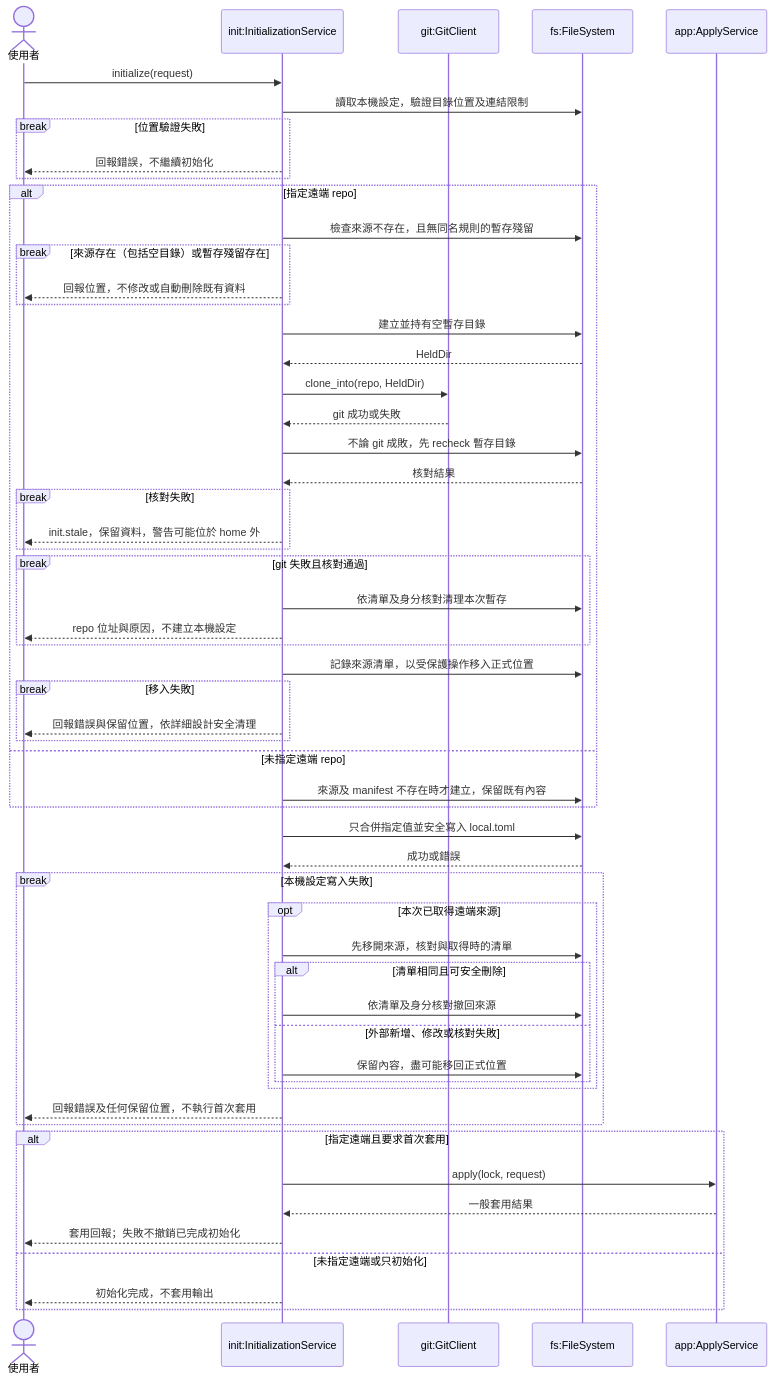
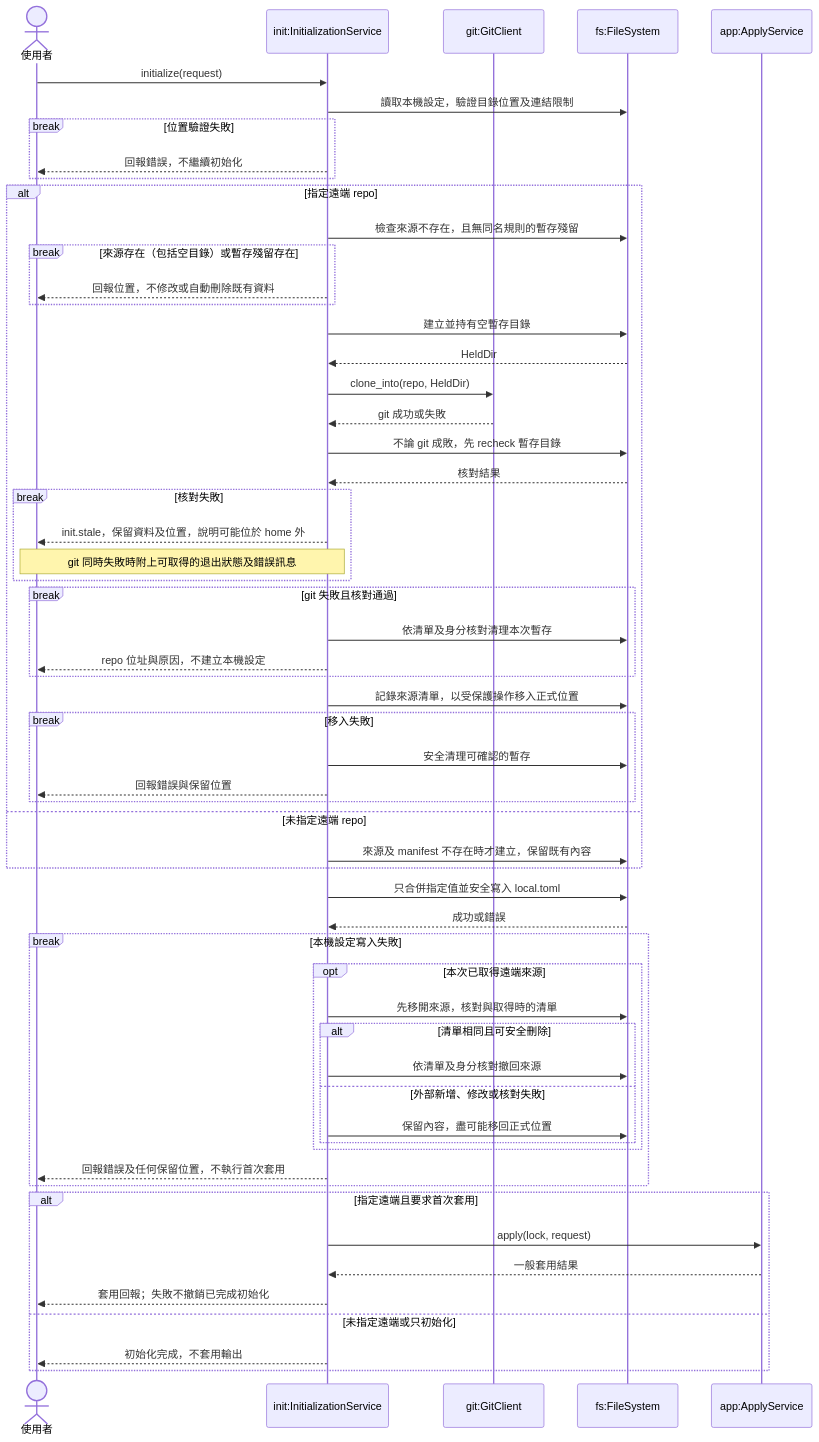
One commit to accidental-two-timer-sam-woof/rosamta-waterfall changed the tenth of 10 diagrams in docs/03-preliminary-design/uml.md. Above: the diagram before and after it, drawn with Mermaid. The commit also changed other lines of this file, not shown here.

Commit message:
docs(uml): align preliminary design flows

````diff
--- a/docs/03-preliminary-design/uml.md
+++ b/docs/03-preliminary-design/uml.md
@@ -654,58 +719,60 @@
 ```mermaid
 sequenceDiagram
     actor U as 使用者
     participant I as init:InitializationService
     participant G as git:GitClient
     participant F as fs:FileSystem
     participant A as app:ApplyService
     U->>I: initialize(request)
     I->>F: 讀取本機設定，驗證目錄位置及連結限制
     break 位置驗證失敗
         I-->>U: 回報錯誤，不繼續初始化
     end
     alt 指定遠端 repo
         I->>F: 檢查來源不存在，且無同名規則的暫存殘留
         break 來源存在（包括空目錄）或暫存殘留存在
             I-->>U: 回報位置，不修改或自動刪除既有資料
         end
         I->>F: 建立並持有空暫存目錄
         F-->>I: HeldDir
         I->>G: clone_into(repo, HeldDir)
         G-->>I: git 成功或失敗
         I->>F: 不論 git 成敗，先 recheck 暫存目錄
         F-->>I: 核對結果
         break 核對失敗
-            I-->>U: init.stale，保留資料，警告可能位於 home 外
+            I-->>U: init.stale，保留資料及位置，說明可能位於 home 外
+            Note over I,U: git 同時失敗時附上可取得的退出狀態及錯誤訊息
         end
         break git 失敗且核對通過
             I->>F: 依清單及身分核對清理本次暫存
             I-->>U: repo 位址與原因，不建立本機設定
         end
         I->>F: 記錄來源清單，以受保護操作移入正式位置
         break 移入失敗
-            I-->>U: 回報錯誤與保留位置，依詳細設計安全清理
+            I->>F: 安全清理可確認的暫存
+            I-->>U: 回報錯誤與保留位置
         end
     else 未指定遠端 repo
         I->>F: 來源及 manifest 不存在時才建立，保留既有內容
     end
     I->>F: 只合併指定值並安全寫入 local.toml
     F-->>I: 成功或錯誤
     break 本機設定寫入失敗
         opt 本次已取得遠端來源
             I->>F: 先移開來源，核對與取得時的清單
             alt 清單相同且可安全刪除
                 I->>F: 依清單及身分核對撤回來源
             else 外部新增、修改或核對失敗
                 I->>F: 保留內容，盡可能移回正式位置
             end
         end
         I-->>U: 回報錯誤及任何保留位置，不執行首次套用
     end
     alt 指定遠端且要求首次套用
         I->>A: apply(lock, request)
         A-->>I: 一般套用結果
         I-->>U: 套用回報；失敗不撤銷已完成初始化
     else 未指定遠端或只初始化
         I-->>U: 初始化完成，不套用輸出
     end
 ```
````
